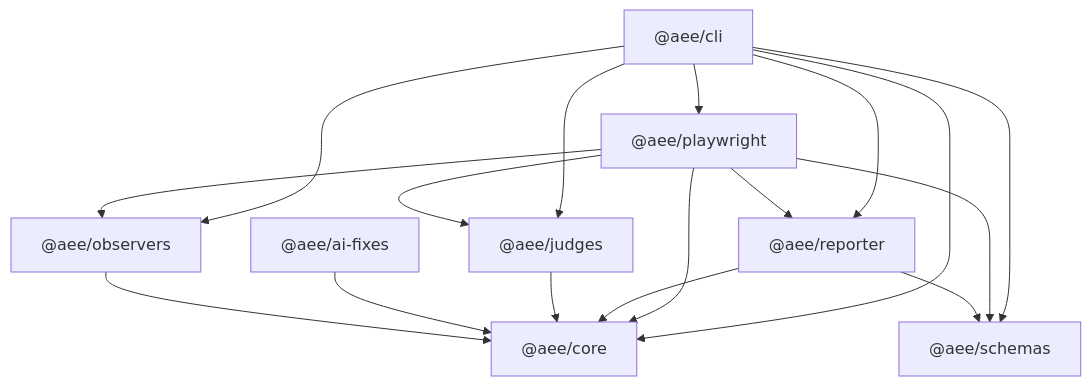
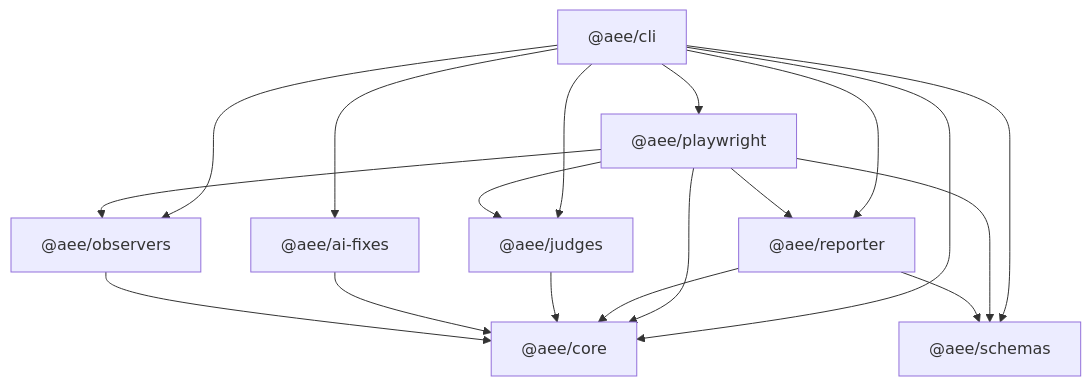
Before and after one commit to Elizabeth1979/accessibility-evidence-engine: the diagram in docs/architecture.md, drawn with Mermaid. The commit also changed other lines of this file and 28 other files, not shown here.

````diff
--- a/docs/architecture.md
+++ b/docs/architecture.md
@@ -62,28 +62,29 @@
 ```mermaid
 graph TD
   schemas["@aee/schemas"]
   core["@aee/core"]
   aiFixes["@aee/ai-fixes"]
   playwright["@aee/playwright"]
   observers["@aee/observers"]
   judges["@aee/judges"]
   reporter["@aee/reporter"]
   cli["@aee/cli"]
 
   observers --> core
   aiFixes --> core
   judges --> core
   reporter --> core
   reporter --> schemas
   playwright --> core
   playwright --> schemas
   playwright --> observers
   playwright --> judges
   playwright --> reporter
   cli --> core
+  cli --> aiFixes
   cli --> schemas
   cli --> playwright
   cli --> observers
   cli --> judges
   cli --> reporter
 ```
````
